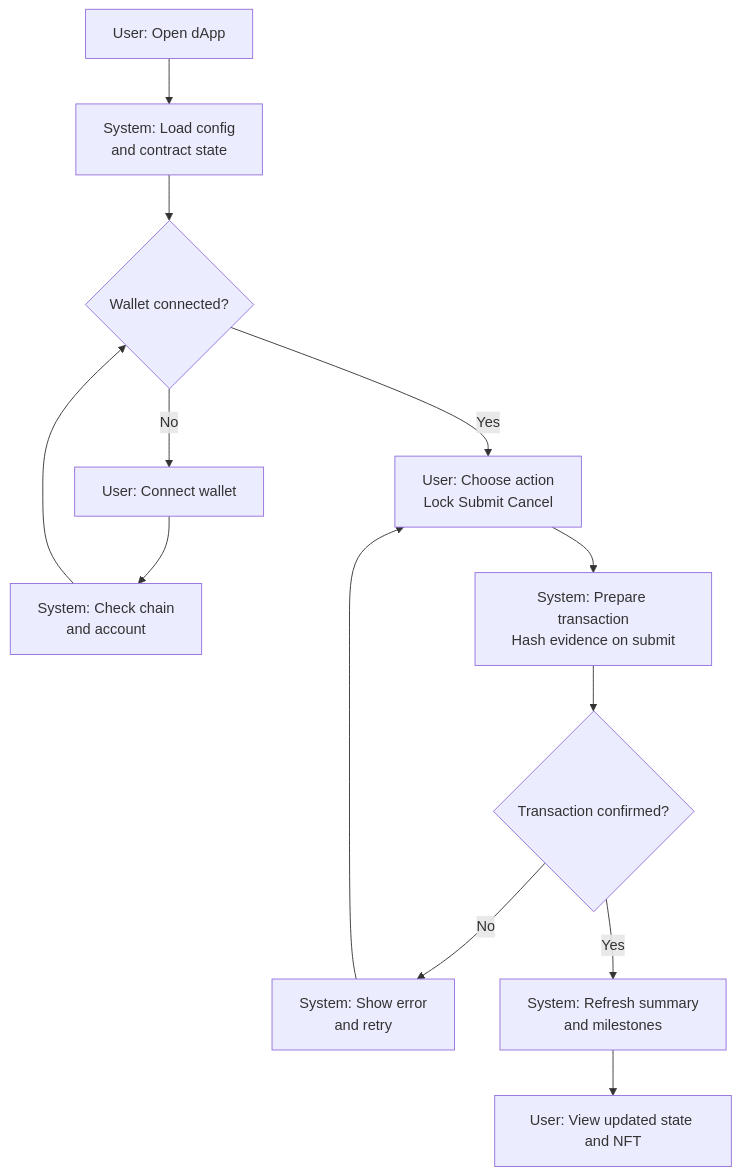
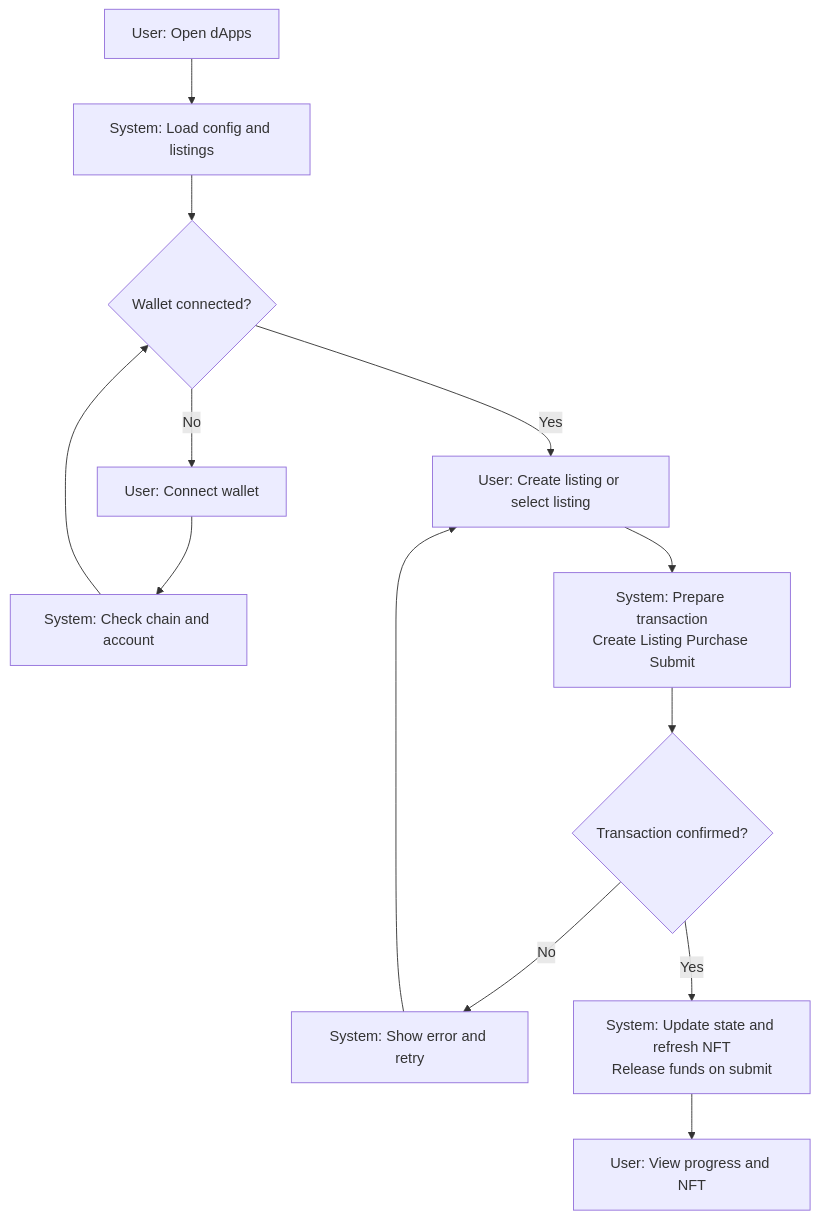
Before and after one commit to usagi917/B2B_payment: the first of 2 diagrams in README.en.md, drawn with Mermaid. The commit also changed other lines of this file and 1 other file, not shown here.

````diff
--- a/README.en.md
+++ b/README.en.md
@@ -83,15 +74,15 @@
 ```mermaid
 graph TD
-  A[User: Open dApp] --> B[System: Load config<br/>and contract state]
+  A[User: Open dApps] --> B[System: Load config and listings]
   B --> C{Wallet connected?}
   C -->|No| D[User: Connect wallet]
-  D --> E[System: Check chain<br/>and account]
+  D --> E[System: Check chain and account]
   E --> C
-  C -->|Yes| F[User: Choose action<br/>Lock Submit Cancel]
-  F --> G[System: Prepare transaction<br/>Hash evidence on submit]
+  C -->|Yes| F[User: Create listing or select listing]
+  F --> G[System: Prepare transaction<br/>Create Listing Purchase Submit]
   G --> H{Transaction confirmed?}
-  H -->|No| I[System: Show error<br/>and retry]
+  H -->|No| I[System: Show error and retry]
   I --> F
-  H -->|Yes| J[System: Refresh summary<br/>and milestones]
-  J --> K[User: View updated state and NFT]
+  H -->|Yes| J[System: Update state and refresh NFT<br/>Release funds on submit]
+  J --> K[User: View progress and NFT]
 ```
````
